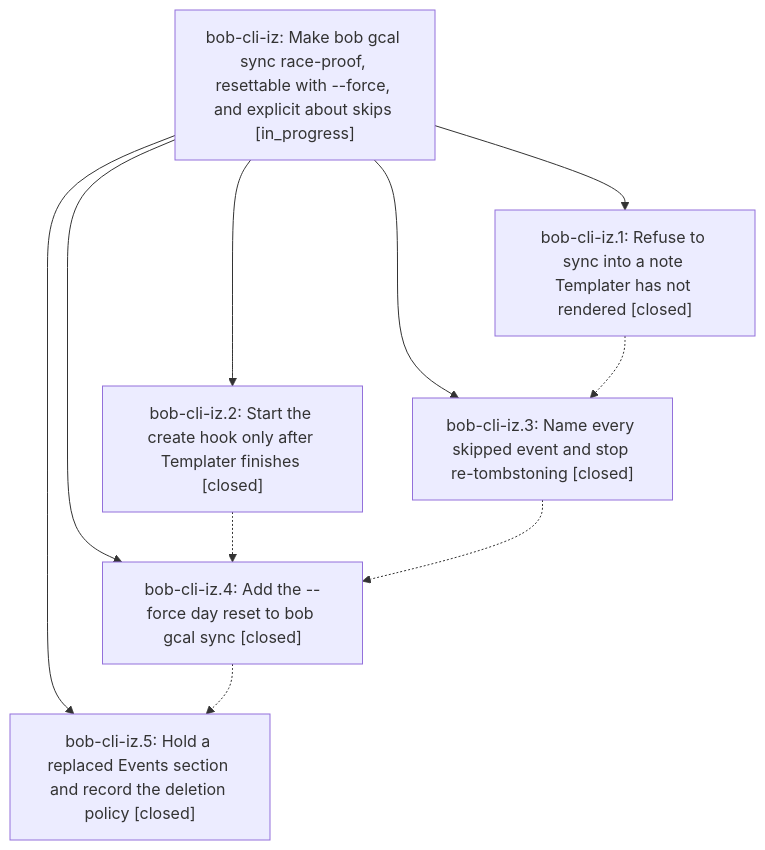
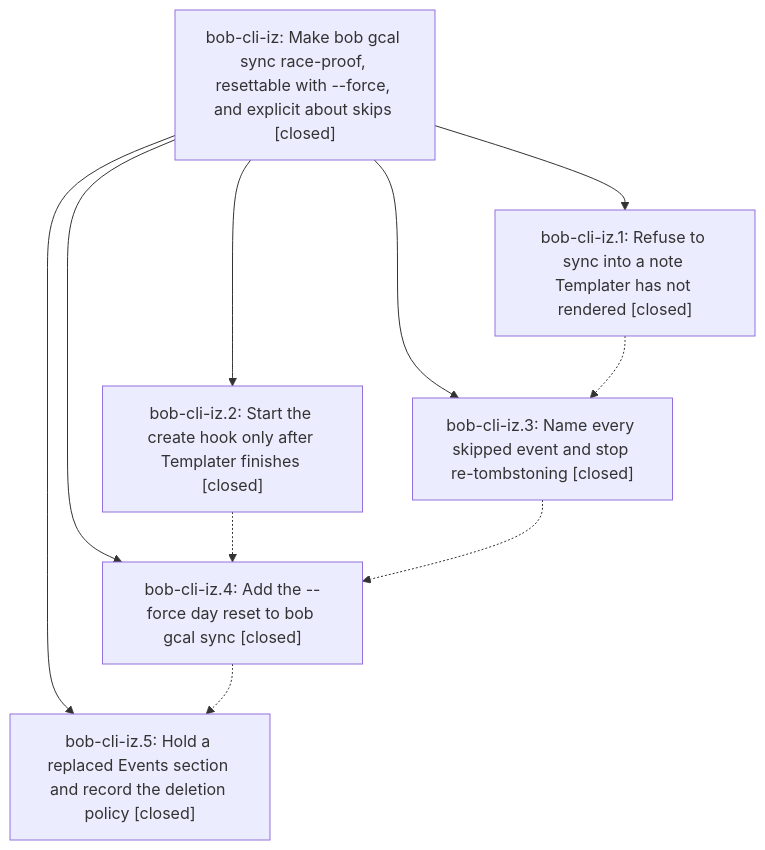
One commit to bobs-org/bob-cli--beads changed the diagram in pages/bob-cli-iz/README.md. Above: the diagram before and after it, drawn with Mermaid. The commit also changed other lines of this file and 5 other files, not shown here.

First line of the commit message:
chore(beads): sync bead state and pages for bob-cli-iz

````diff
--- a/pages/bob-cli-iz/README.md
+++ b/pages/bob-cli-iz/README.md
@@ -67,18 +79,18 @@
 ```mermaid
 flowchart TD
-    n0["bob-cli-iz: Make bob gcal sync race-proof, resettable with --force, and explicit about skips [in_progress]"]
+    n0["bob-cli-iz: Make bob gcal sync race-proof, resettable with --force, and explicit about skips [closed]"]
     n1["bob-cli-iz.1: Refuse to sync into a note Templater has not rendered [closed]"]
     n2["bob-cli-iz.2: Start the create hook only after Templater finishes [closed]"]
     n3["bob-cli-iz.3: Name every skipped event and stop re-tombstoning [closed]"]
     n4["bob-cli-iz.4: Add the --force day reset to bob gcal sync [closed]"]
     n5["bob-cli-iz.5: Hold a replaced Events section and record the deletion policy [closed]"]
     n0 --> n1
     n0 --> n2
     n0 --> n3
     n0 --> n4
     n0 --> n5
     n1 -.-> n3
     n2 -.-> n4
     n3 -.-> n4
     n4 -.-> n5
 ```
````
